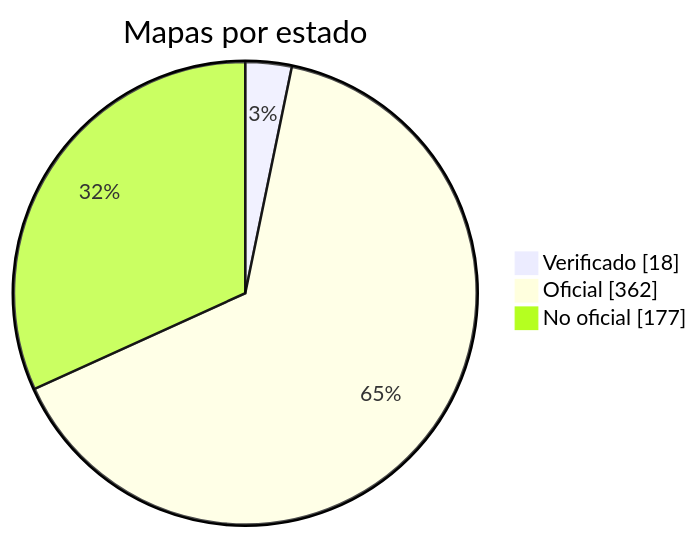
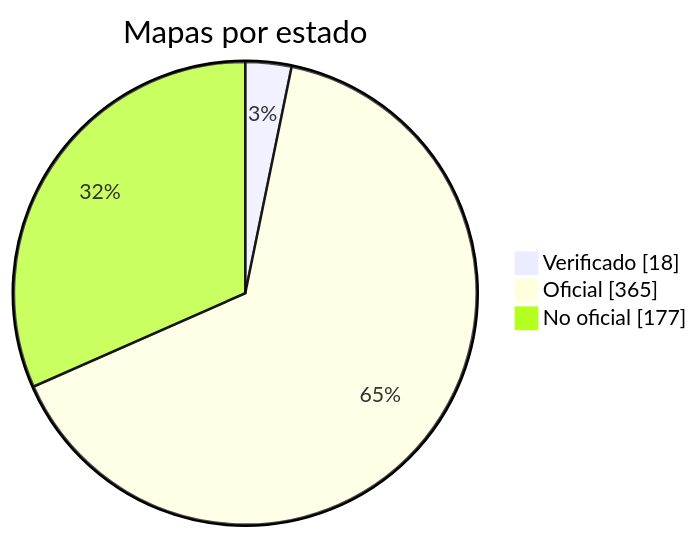
One commit to nobrega8/mbmap-library changed the diagram in docs/readme/README_ES.md. Above: the diagram before and after it, drawn with Mermaid. The commit also changed 8 other files, not shown here.

````diff
--- a/docs/readme/README_ES.md
+++ b/docs/readme/README_ES.md
@@ -54,7 +54,7 @@
 ```mermaid
 pie showData
     title Mapas por estado
     "Verificado" : 18
-    "Oficial" : 362
+    "Oficial" : 365
     "No oficial" : 177
 ```
````
